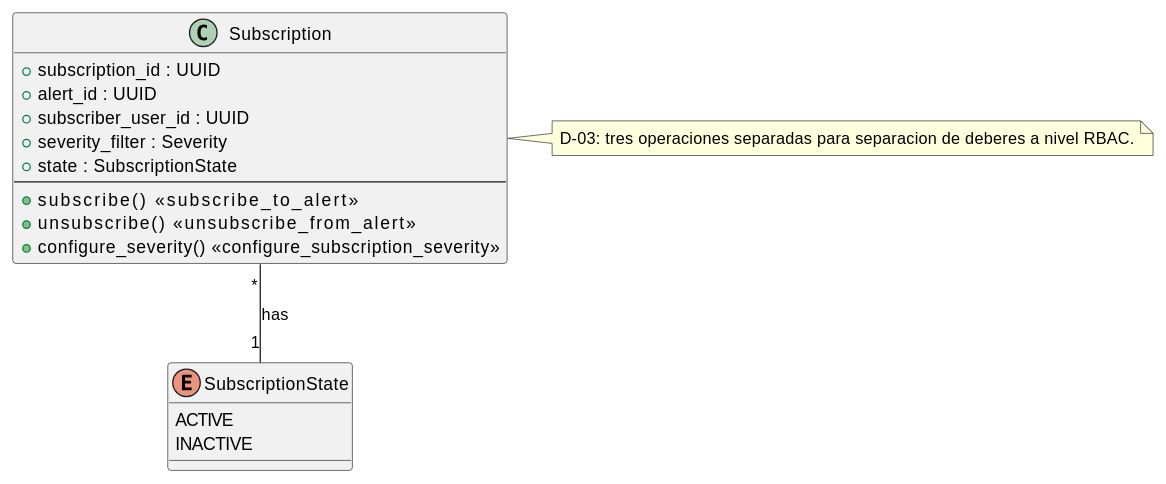
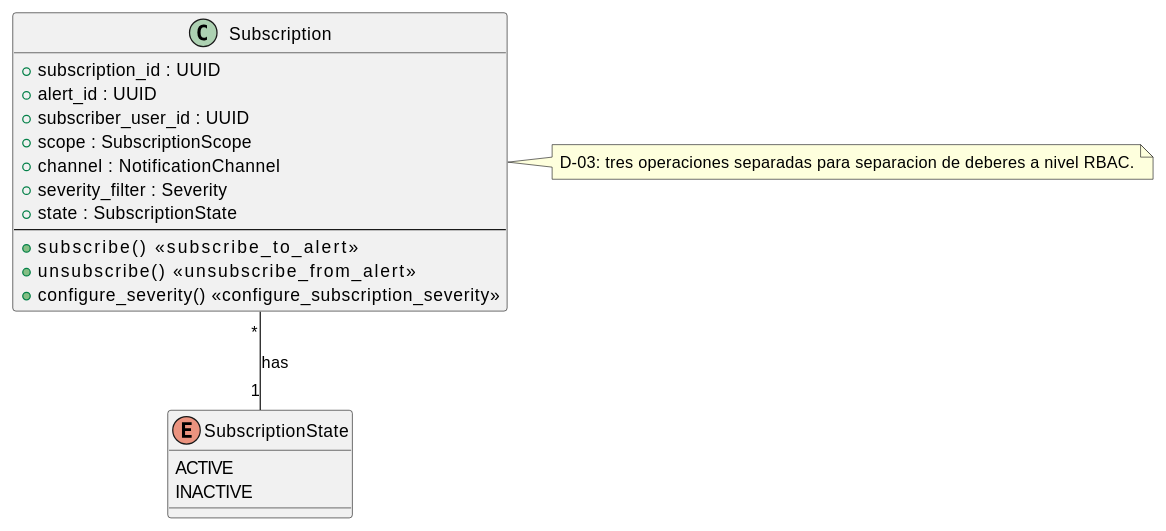
Before and after one commit to jcg-admin/IACT-docs: the diagram in source/arquitectura-tecnica/domain-model/subscription.rst, drawn with PlantUML. The commit also changed 6 other files, not shown here.

```diff
--- a/source/arquitectura-tecnica/domain-model/subscription.rst
+++ b/source/arquitectura-tecnica/domain-model/subscription.rst
@@ -25,29 +25,31 @@
 .. uml::
  :caption: Clase Subscription — suscripcion de usuario a alerta.
 
  @startuml
 
  class Subscription {
    + subscription_id : UUID
    + alert_id : UUID
    + subscriber_user_id : UUID
+   + scope : SubscriptionScope
+   + channel : NotificationChannel
    + severity_filter : Severity
    + state : SubscriptionState
    --
    + subscribe()              <<subscribe_to_alert>>
    + unsubscribe()            <<unsubscribe_from_alert>>
    + configure_severity()     <<configure_subscription_severity>>
  }
 
  enum SubscriptionState {
    ACTIVE
    INACTIVE
  }
 
  Subscription "*" -- "1" SubscriptionState : has
 
  note right of Subscription
    D-03: tres operaciones separadas para separacion de deberes a nivel RBAC.
  end note
 
  @enduml
```
